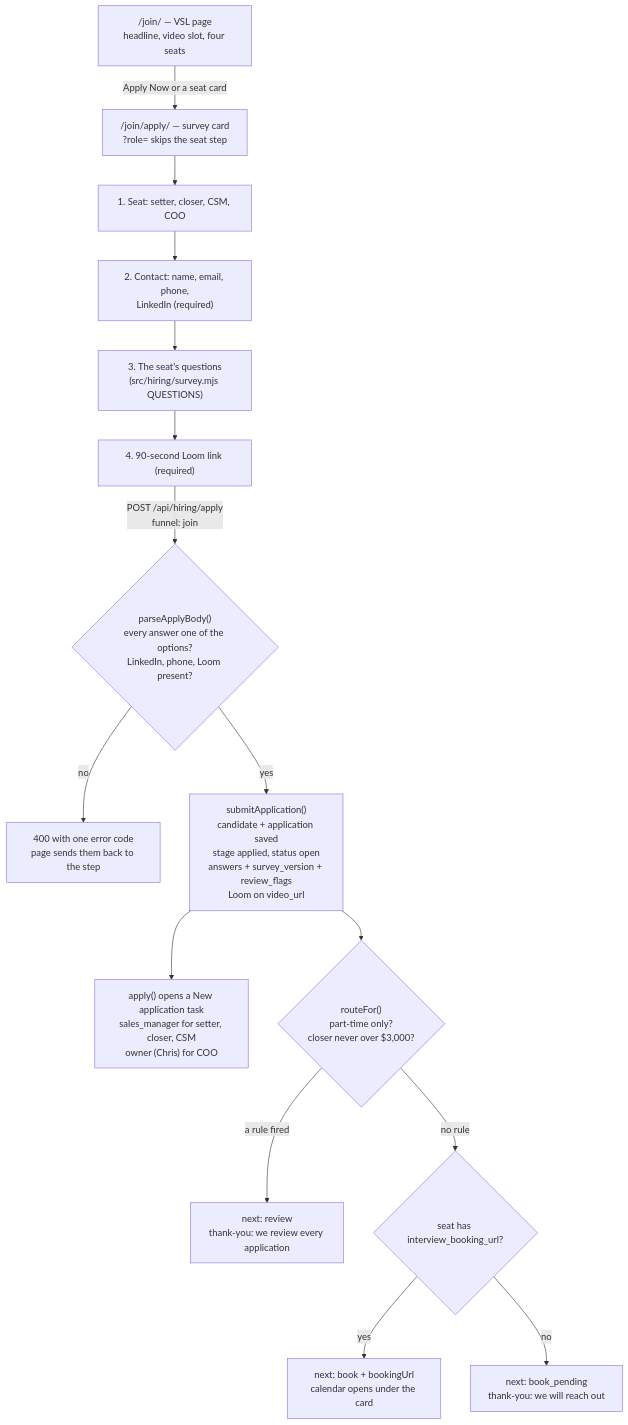
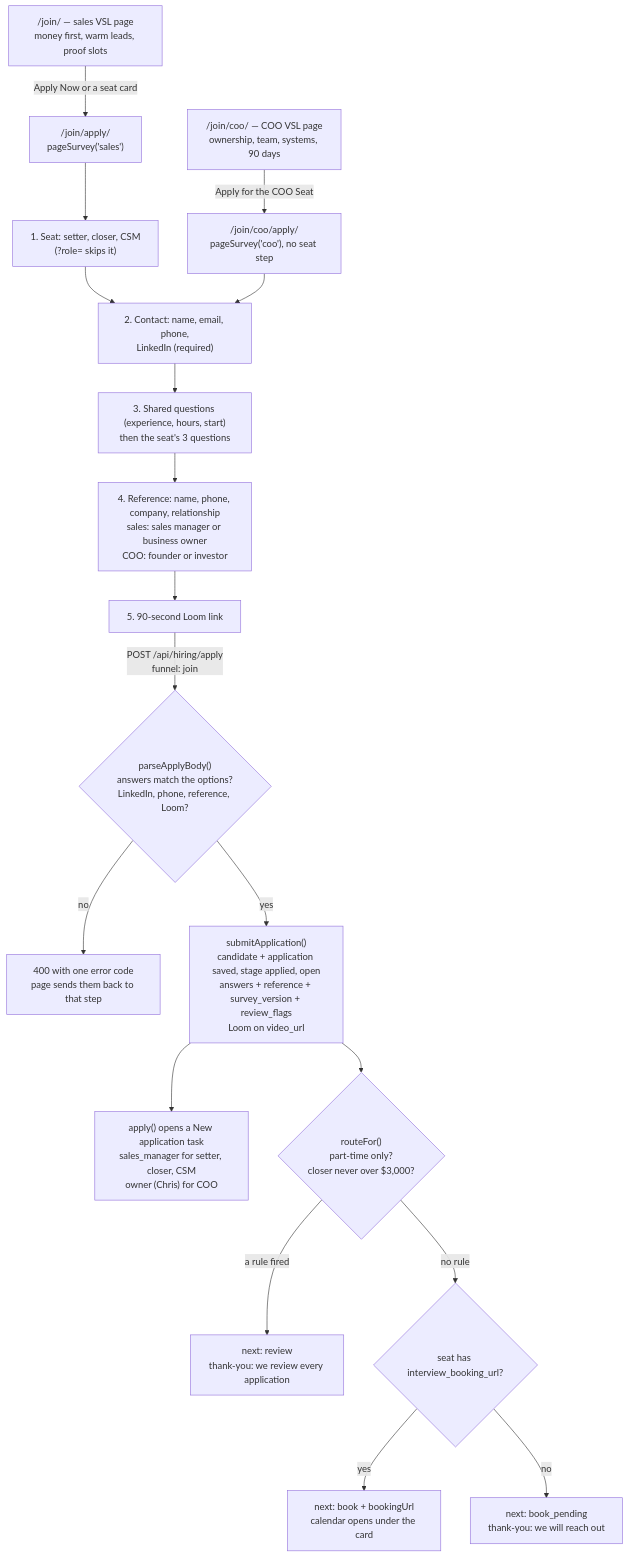
The diagram in docs/journeys/hiring-funnel-flow.md (ZootimusMaximusSupreme/fundhub-platform), drawn with Mermaid before and after one commit. The commit also changed other lines of this file and 15 other files, not shown here.

````diff
--- a/docs/journeys/hiring-funnel-flow.md
+++ b/docs/journeys/hiring-funnel-flow.md
@@ -15,17 +23,20 @@
 ```mermaid
 flowchart TD
-    A["/join/ — VSL page<br/>headline, video slot, four seats"] -->|Apply Now or a seat card| B["/join/apply/ — survey card<br/>?role= skips the seat step"]
-    B --> C["1. Seat: setter, closer, CSM, COO"]
-    C --> D["2. Contact: name, email, phone,<br/>LinkedIn (required)"]
-    D --> E["3. The seat's questions<br/>(src/hiring/survey.mjs QUESTIONS)"]
-    E --> F["4. 90-second Loom link (required)"]
-    F -->|"POST /api/hiring/apply<br/>funnel: join"| G{"parseApplyBody()<br/>every answer one of the options?<br/>LinkedIn, phone, Loom present?"}
-    G -->|no| H["400 with one error code<br/>page sends them back to the step"]
-    G -->|yes| I["submitApplication()<br/>candidate + application saved<br/>stage applied, status open<br/>answers + survey_version + review_flags<br/>Loom on video_url"]
+    S["/join/ — sales VSL page<br/>money first, warm leads, proof slots"] -->|Apply Now or a seat card| SA["/join/apply/<br/>pageSurvey('sales')"]
+    C["/join/coo/ — COO VSL page<br/>ownership, team, systems, 90 days"] -->|Apply for the COO Seat| CA["/join/coo/apply/<br/>pageSurvey('coo'), no seat step"]
+    SA --> R["1. Seat: setter, closer, CSM<br/>(?role= skips it)"]
+    R --> K["2. Contact: name, email, phone,<br/>LinkedIn (required)"]
+    CA --> K
+    K --> Q["3. Shared questions (experience, hours, start)<br/>then the seat's 3 questions"]
+    Q --> F["4. Reference: name, phone, company, relationship<br/>sales: sales manager or business owner<br/>COO: founder or investor"]
+    F --> L["5. 90-second Loom link"]
+    L -->|"POST /api/hiring/apply<br/>funnel: join"| G{"parseApplyBody()<br/>answers match the options?<br/>LinkedIn, phone, reference, Loom?"}
+    G -->|no| H["400 with one error code<br/>page sends them back to that step"]
+    G -->|yes| I["submitApplication()<br/>candidate + application saved, stage applied, open<br/>answers + reference + survey_version + review_flags<br/>Loom on video_url"]
     I --> J["apply() opens a New application task<br/>sales_manager for setter, closer, CSM<br/>owner (Chris) for COO"]
-    I --> K{"routeFor()<br/>part-time only?<br/>closer never over $3,000?"}
-    K -->|a rule fired| L["next: review<br/>thank-you: we review every application"]
-    K -->|no rule| M{"seat has interview_booking_url?"}
+    I --> X{"routeFor()<br/>part-time only?<br/>closer never over $3,000?"}
+    X -->|a rule fired| V["next: review<br/>thank-you: we review every application"]
+    X -->|no rule| M{"seat has interview_booking_url?"}
     M -->|yes| N["next: book + bookingUrl<br/>calendar opens under the card"]
     M -->|no| O["next: book_pending<br/>thank-you: we will reach out"]
 ```
````
